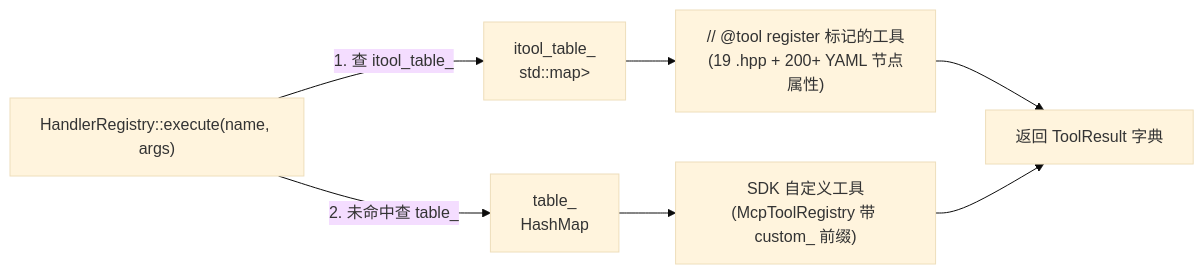
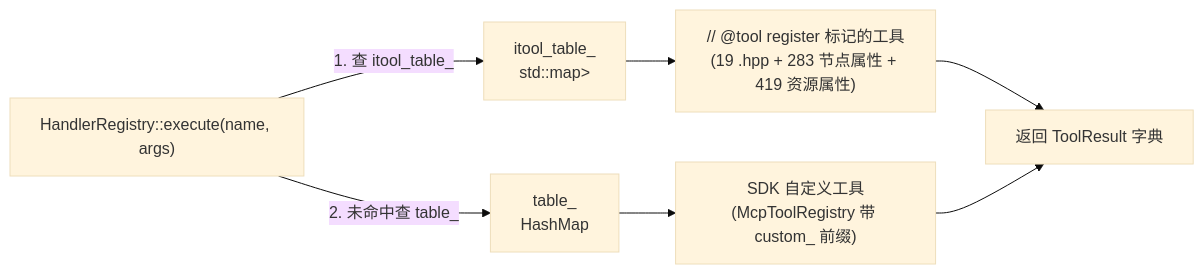
Before and after one commit to jesspig/GodotMCP-GDExtension: the second of 2 diagrams in .repo_wiki/modules/command-routing.md, drawn with Mermaid (base theme). The commit also changed other lines of this file and 11 other files, not shown here.

````diff
--- a/.repo_wiki/modules/command-routing.md
+++ b/.repo_wiki/modules/command-routing.md
@@ -34,15 +34,15 @@
 ```mermaid
 flowchart LR
     REG["HandlerRegistry::execute(name, args)"]
     ITBL["itool_table_<br/>std::map<String, unique_ptr<ITool>>"]
     TBL["table_<br/>HashMap<String, CommandFn>"]
-    BUILTIN["// @tool register 标记的工具<br/>(19 .hpp + 200+ YAML 节点属性)"]
+    BUILTIN["// @tool register 标记的工具<br/>(19 .hpp + 283 节点属性 + 419 资源属性)"]
     SDK["SDK 自定义工具<br/>(McpToolRegistry 带 custom_ 前缀)"]
     RES["返回 ToolResult 字典"]
     REG -->|"1. 查 itool_table_"| ITBL
     REG -->|"2. 未命中查 table_"| TBL
     ITBL --> BUILTIN
     TBL --> SDK
     BUILTIN --> RES
     SDK --> RES
 ```
````
